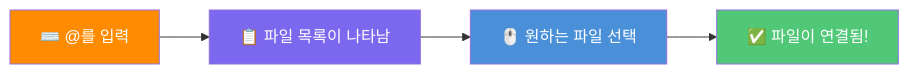
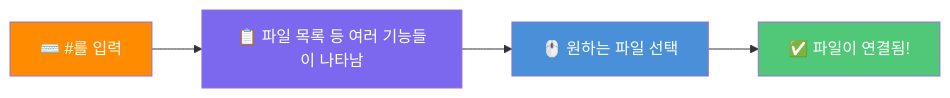
One commit to rornfdlek/kiro-workshop-gs25-52g changed the second of 3 diagrams in module2-vibe-coding/file-context.md. Above: the diagram before and after it, drawn with Mermaid. The commit also changed other lines of this file and 11 other files, not shown here.

````diff
--- a/module2-vibe-coding/file-context.md
+++ b/module2-vibe-coding/file-context.md
@@ -101,11 +104,11 @@
 ```mermaid
 graph LR
-    A["⌨️ @를 입력"] --> B["📋 파일 목록이 나타남"]
+    A["⌨️ #를 입력"] --> B["📋 파일 목록 등 여러 기능들이 나타남"]
     B --> C["🖱️ 원하는 파일 선택"]
     C --> D["✅ 파일이 연결됨!"]
 
     style A fill:#FF8C00,color:#fff
     style B fill:#7B68EE,color:#fff
     style C fill:#4A90D9,color:#fff
     style D fill:#50C878,color:#fff
 ```
````
